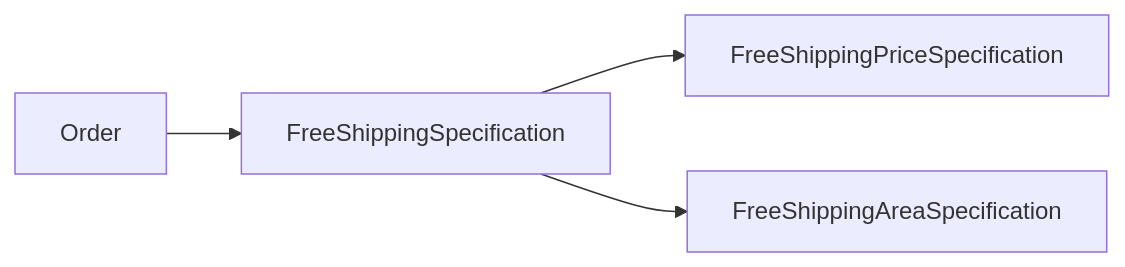
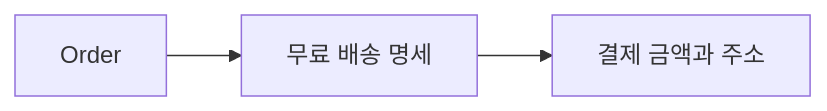
The fifth of 5 diagrams in .projectcode/wiki/scenarios.md (busan-bank-2026/ddd-example), drawn with Mermaid before and after one commit. The commit also changed other lines of this file and 6 other files, not shown here.

````diff
--- a/.projectcode/wiki/scenarios.md
+++ b/.projectcode/wiki/scenarios.md
@@ -103,6 +90,5 @@
 ```mermaid
 flowchart LR
-  A[Order] --> B[FreeShippingSpecification]
-  B --> C[FreeShippingPriceSpecification]
-  B --> D[FreeShippingAreaSpecification]
+  A[Order] --> B[무료 배송 명세]
+  B --> C[결제 금액과 주소]
 ```
````
